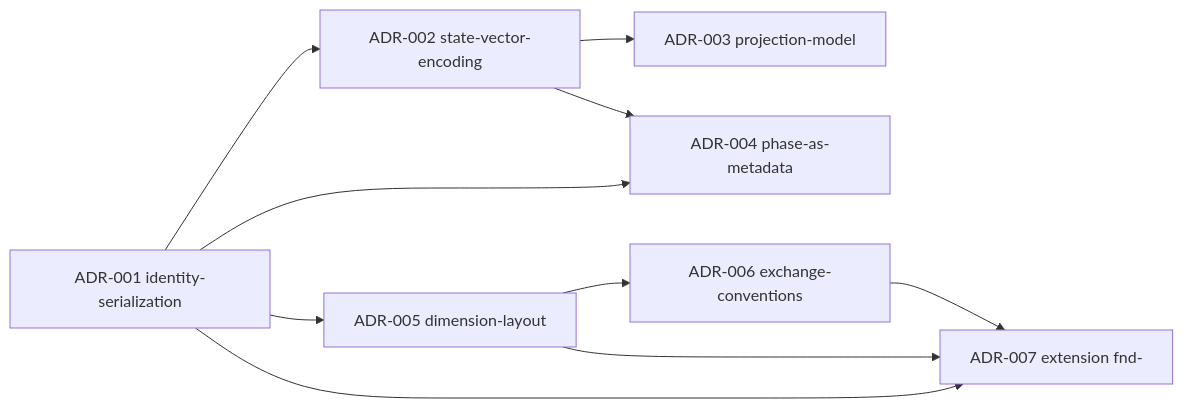
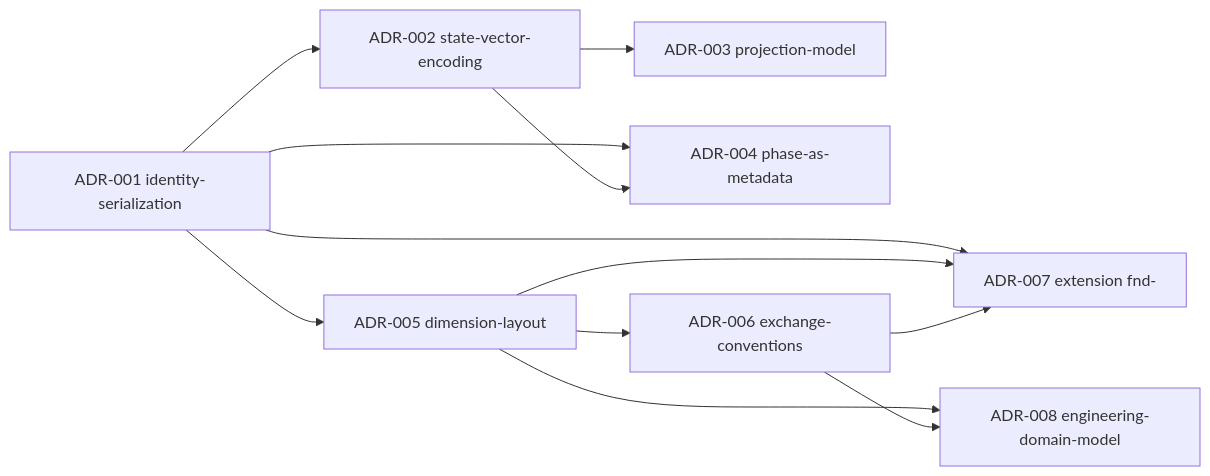
Before and after one commit to maleolabs/engineering-knowledge-architecture: the diagram in reference/adr-summary.md, drawn with Mermaid. The commit also changed other lines of this file and 12 other files, not shown here.

````diff
--- a/reference/adr-summary.md
+++ b/reference/adr-summary.md
@@ -46,12 +47,14 @@
 ```mermaid
 flowchart LR
   A1[ADR-001 identity-serialization] --> A2[ADR-002 state-vector-encoding]
   A2 --> A3[ADR-003 projection-model]
   A1 --> A4[ADR-004 phase-as-metadata]
   A2 --> A4
   A1 --> A5[ADR-005 dimension-layout]
   A5 --> A6[ADR-006 exchange-conventions]
   A1 --> A7[ADR-007 extension fnd-]
   A5 --> A7
   A6 --> A7
+  A5 --> A8[ADR-008 engineering-domain-model]
+  A6 --> A8
 ```
````
